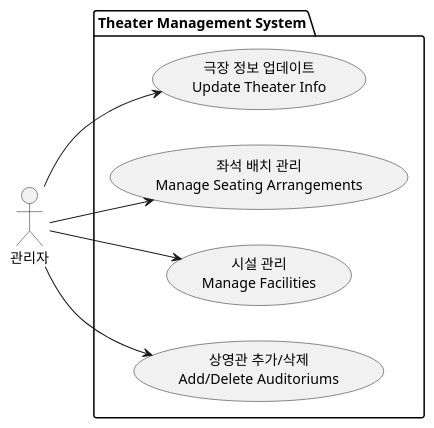
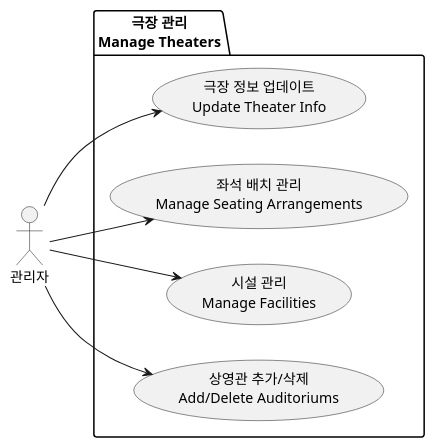
The second of 2 diagrams in docs/use-cases.md (mannercode/backend-fundamentals), drawn with PlantUML before and after one commit.

Commit message:
유스케이스 패키지 이름 변경

````diff
--- a/docs/use-cases.md
+++ b/docs/use-cases.md
@@ -37,20 +37,20 @@
 ```plantuml
 @startuml
 left to right direction
 
 actor 관리자 as Administrator
 
-package "Theater Management System" {
+package "극장 관리\nManage Theaters" {
     usecase "극장 정보 업데이트\nUpdate Theater Info" as UpdateTheaterInfo
     usecase "좌석 배치 관리\nManage Seating Arrangements" as ManageSeating
     usecase "시설 관리\nManage Facilities" as ManageFacilities
     usecase "상영관 추가/삭제\nAdd/Delete Auditoriums" as ManageAuditoriums
 
     Administrator --> UpdateTheaterInfo
     Administrator --> ManageSeating
     Administrator --> ManageFacilities
     Administrator --> ManageAuditoriums
 }
 @enduml
 
 ```
````
